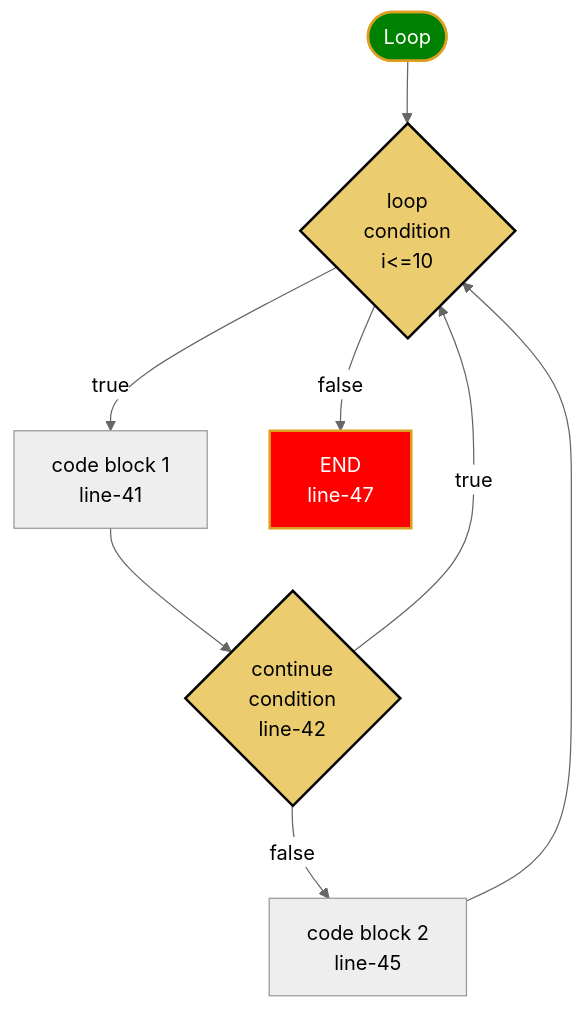
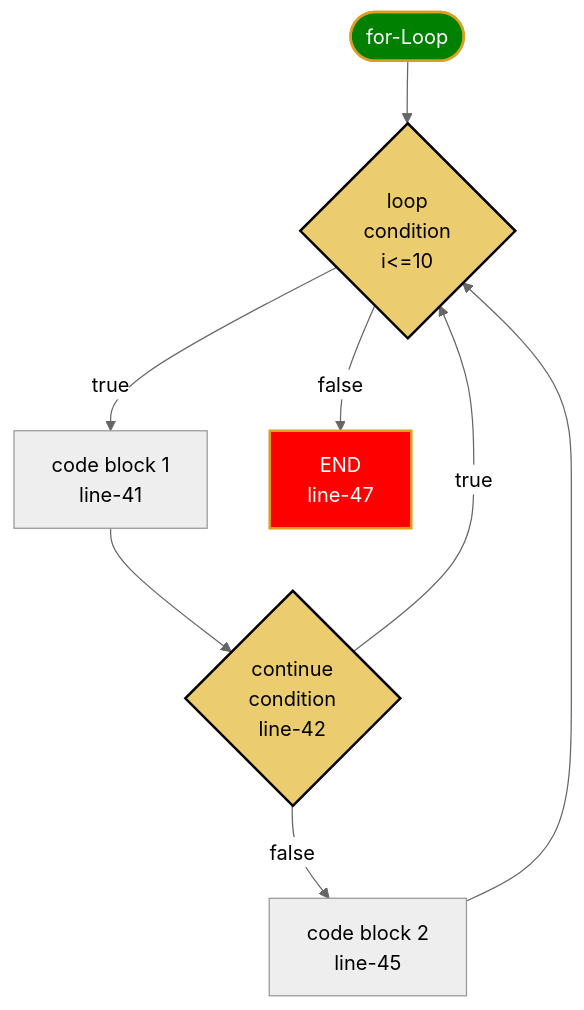
Before and after one commit to jwang1122/python: the fourth of 24 diagrams in doc/python.md, drawn with Mermaid (neutral theme). The commit also changed other lines of this file and 21 other files, not shown here.

````diff
--- a/doc/python.md
+++ b/doc/python.md
@@ -354,25 +481,24 @@
 ```mermaid
 graph TB
 
-A([Loop])
+A([for-Loop])
 B{loop<br>condition<br>i<=10}
 C[code block 1<br>line-41]
 D{continue<br>condition<br>line-42}
 F[code block 2<br>line-45]
 E[END<br>line-47]
 
 A-->B
 B--false-->E
 B--true-->C-->D
 D--true-->B
 D--false-->F-->B
 
 classDef if fill:#EBCD6F,stroke:black,stroke-width:2px;
 classDef start fill:green,stroke:#DE9E1F,stroke-width:2px,color:white;
 classDef end1 fill:red,stroke:#DE9E1F,stroke-width:2px,color:white;
 
 class B,D if
 class E end1
 class A start
-
 ```
````
